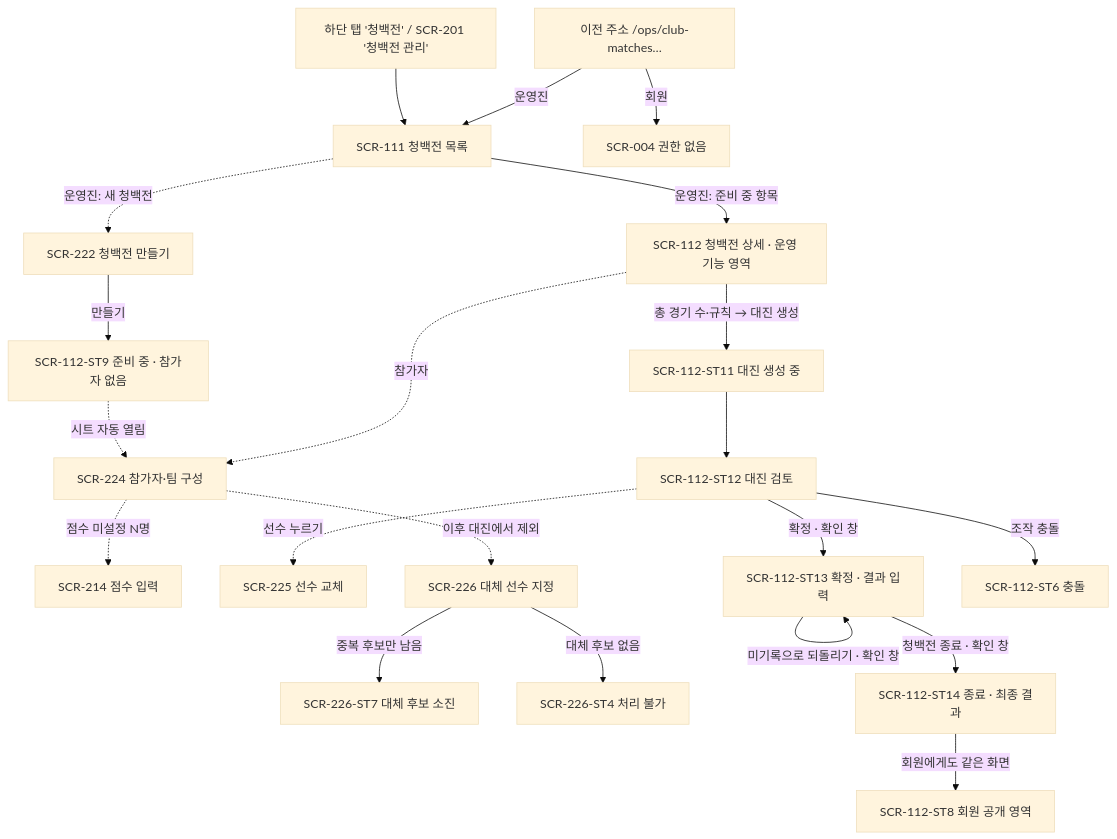
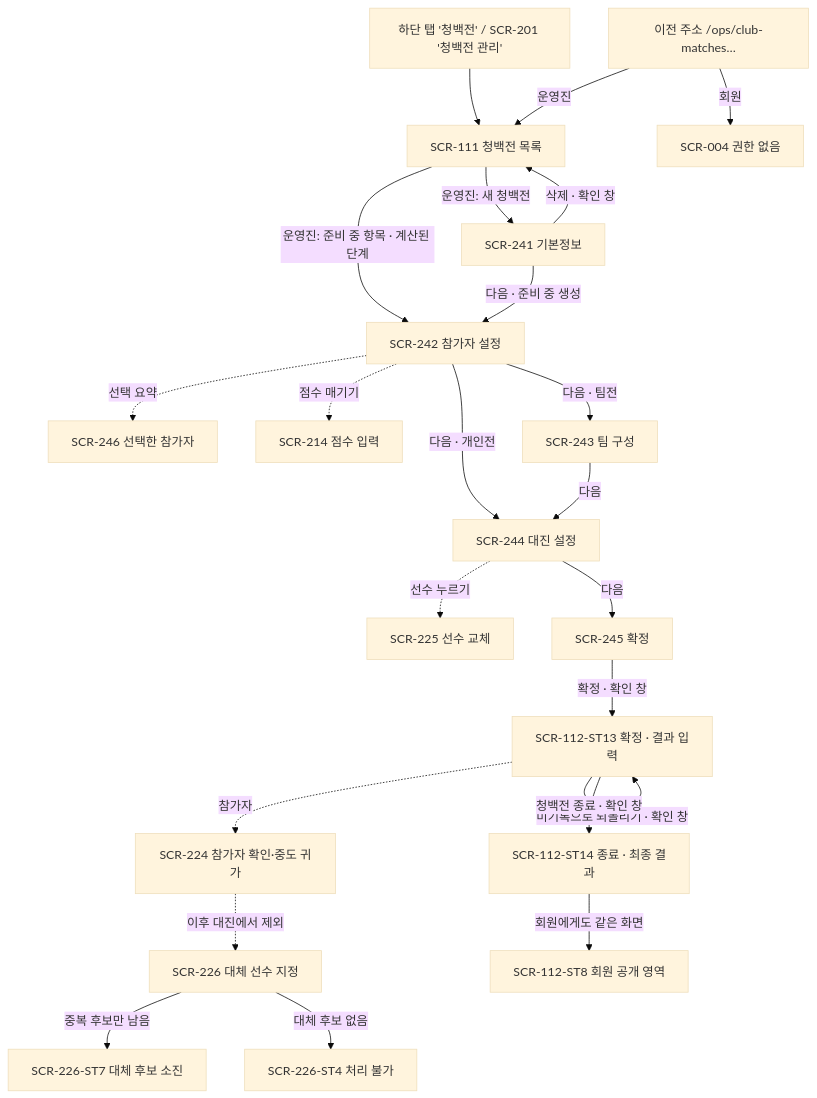
The fifth of 8 diagrams in docs/design/03-screen-flows.md (hoik-ryu/badminton-playbook), drawn with Mermaid (base theme) before and after one commit. The commit also changed other lines of this file and 12 other files, not shown here.

````diff
--- a/docs/design/03-screen-flows.md
+++ b/docs/design/03-screen-flows.md
@@ -161,24 +163,26 @@
 ```mermaid
 flowchart TD
   TAB[하단 탭 '청백전' / SCR-201 '청백전 관리'] --> SCR111[SCR-111 청백전 목록]
-  SCR111 -.->|운영진: 새 청백전| SCR222[SCR-222 청백전 만들기]
-  SCR222 -->|만들기| SCR112E[SCR-112-ST9 준비 중 · 참가자 없음]
-  SCR111 -->|운영진: 준비 중 항목| SCR112[SCR-112 청백전 상세 · 운영 기능 영역]
-  SCR112E -.->|시트 자동 열림| SCR224[SCR-224 참가자·팀 구성]
-  SCR112 -.->|참가자| SCR224
-  SCR224 -.->|점수 미설정 N명| SCR214[SCR-214 점수 입력]
-  SCR112 -->|총 경기 수·규칙 → 대진 생성| SCR112L[SCR-112-ST11 대진 생성 중]
-  SCR112L --> SCR112R[SCR-112-ST12 대진 검토]
-  SCR112R -.->|선수 누르기| SCR225[SCR-225 선수 교체]
-  SCR112R -->|확정 · 확인 창| SCR112P[SCR-112-ST13 확정 · 결과 입력]
+  SCR111 -->|운영진: 새 청백전| S241[SCR-241 기본정보]
+  SCR111 -->|운영진: 준비 중 항목 · 계산된 단계| S242
+  S241 -->|다음 · 준비 중 생성| S242[SCR-242 참가자 설정]
+  S242 -.->|선택 요약| S246[SCR-246 선택한 참가자]
+  S242 -.->|점수 매기기| SCR214[SCR-214 점수 입력]
+  S242 -->|다음 · 팀전| S243[SCR-243 팀 구성]
+  S242 -->|다음 · 개인전| S244[SCR-244 대진 설정]
+  S243 -->|다음| S244
+  S244 -.->|선수 누르기| SCR225[SCR-225 선수 교체]
+  S244 -->|다음| S245[SCR-245 확정]
+  S245 -->|확정 · 확인 창| SCR112P[SCR-112-ST13 확정 · 결과 입력]
+  S241 -->|삭제 · 확인 창| SCR111
   SCR112P -->|결과 기록| SCR112P
   SCR112P -->|미기록으로 되돌리기 · 확인 창| SCR112P
+  SCR112P -.->|참가자| SCR224[SCR-224 참가자 확인·중도 귀가]
   SCR224 -.->|이후 대진에서 제외| SCR226[SCR-226 대체 선수 지정]
   SCR226 -->|중복 후보만 남음| SCR226X[SCR-226-ST7 대체 후보 소진]
   SCR226 -->|대체 후보 없음| SCR226E[SCR-226-ST4 처리 불가]
   SCR112P -->|청백전 종료 · 확인 창| SCR112Z[SCR-112-ST14 종료 · 최종 결과]
-  SCR112R -->|조작 충돌| SCR112C[SCR-112-ST6 충돌]
   SCR112Z -->|회원에게도 같은 화면| SCR112M[SCR-112-ST8 회원 공개 영역]
   OLD[이전 주소 /ops/club-matches…] -->|운영진| SCR111
   OLD -->|회원| SCR004[SCR-004 권한 없음]
 ```
````
